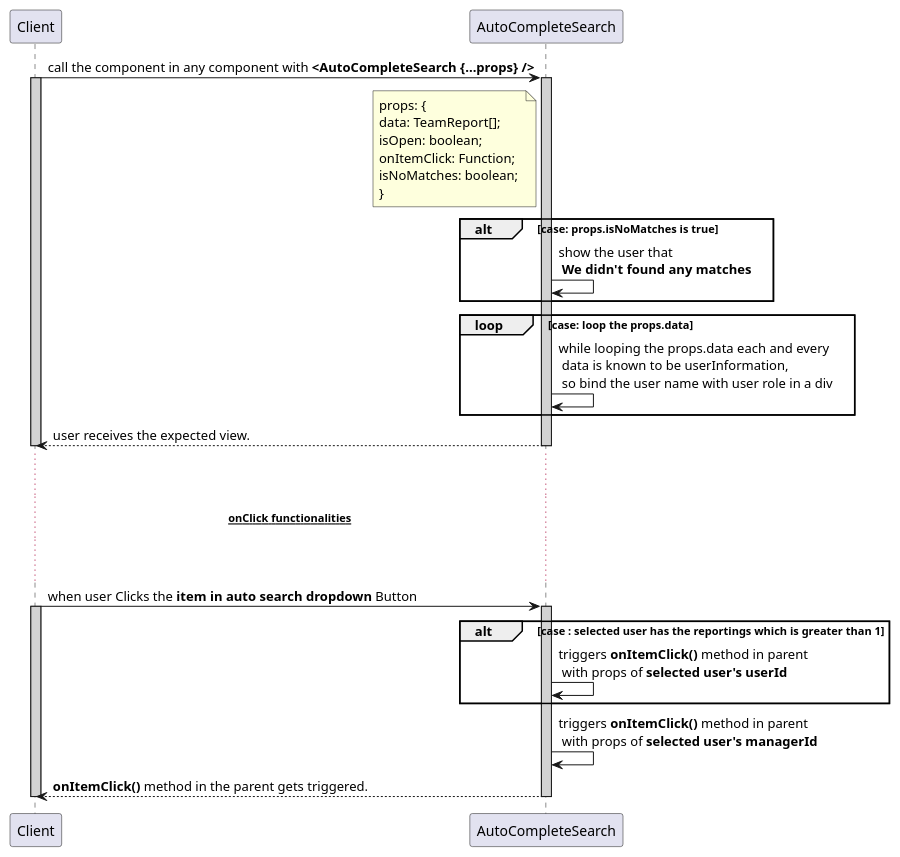
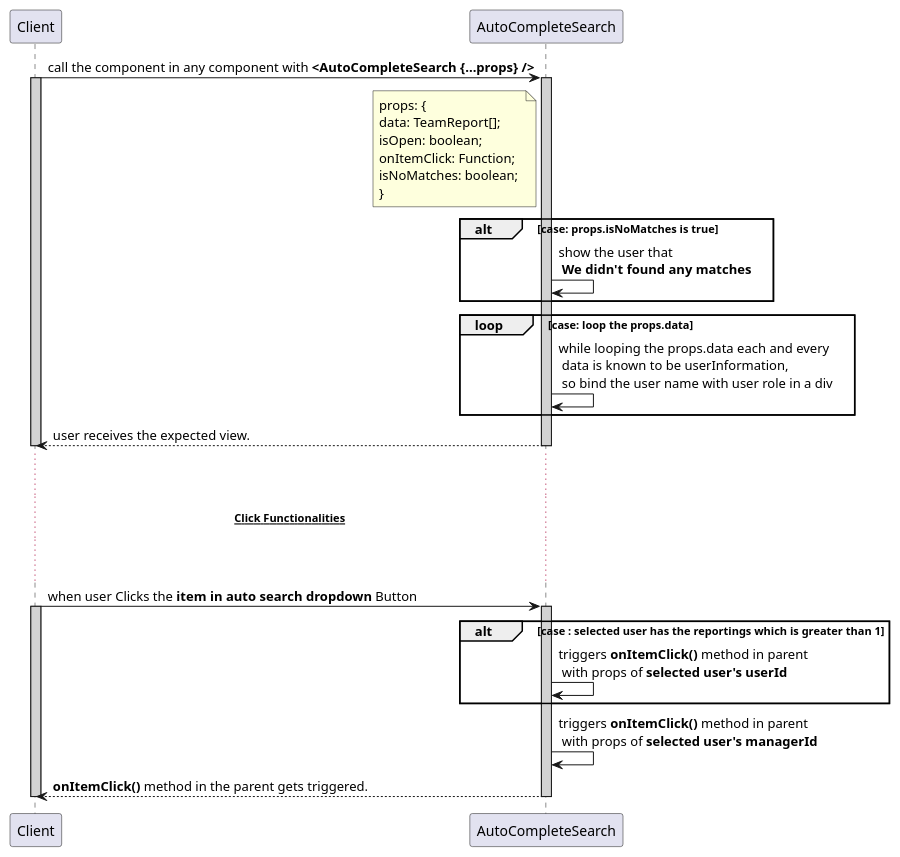
Before and after one commit to avasoft-mobility/workday-design: the diagram in frontend/components/auto_complete_search/auto_complete_search.sequence.puml, drawn with PlantUML. The commit also changed 9 other files, not shown here.

```diff
--- a/frontend/components/auto_complete_search/auto_complete_search.sequence.puml
+++ b/frontend/components/auto_complete_search/auto_complete_search.sequence.puml
@@ -1,33 +1,33 @@
 @startuml autoComplete
 participant Client
 participant AutoCompleteSearch
 
 Client -> AutoCompleteSearch : call the component in any component with **<AutoCompleteSearch {...props} />**
 activate Client #D3D3D3
     activate AutoCompleteSearch #D3D3D3
         note left of AutoCompleteSearch : props: {\ndata: TeamReport[];\nisOpen: boolean;\nonItemClick: Function;\nisNoMatches: boolean; \n}
         alt case: props.isNoMatches is true
             AutoCompleteSearch -> AutoCompleteSearch : show the user that\n **We didn't found any matches**
         end
         loop case: loop the props.data
             AutoCompleteSearch -> AutoCompleteSearch : while looping the props.data each and every\n data is known to be userInformation,\n so bind the user name with user role in a div
         end
         Client <-- AutoCompleteSearch : user receives the expected view.
     deactivate AutoCompleteSearch
 deactivate Client
 ... ...
-...~~**onClick functionalities**~~ ...
+...~~**Click Functionalities**~~ ...
 ... ...
 
 Client -> AutoCompleteSearch : when user Clicks the **item in auto search dropdown** Button
 activate Client #D3D3D3
     activate AutoCompleteSearch #D3D3D3
         alt case : selected user has the reportings which is greater than 1
             AutoCompleteSearch -> AutoCompleteSearch : triggers **onItemClick()** method in parent\n with props of **selected user's userId**
         end
         AutoCompleteSearch -> AutoCompleteSearch : triggers **onItemClick()** method in parent\n with props of **selected user's managerId**
         Client <--  AutoCompleteSearch : **onItemClick()** method in the parent gets triggered.
     deactivate AutoCompleteSearch
 deactivate Client
 
 @enduml
```
